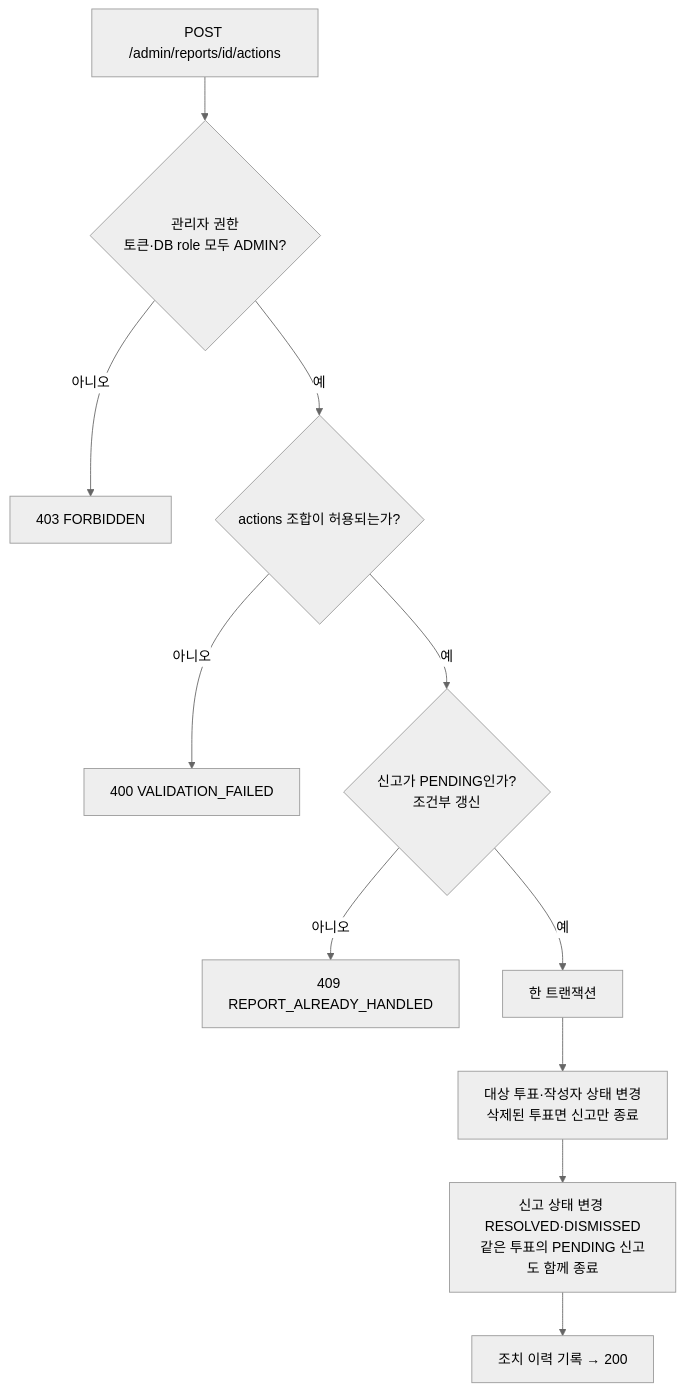
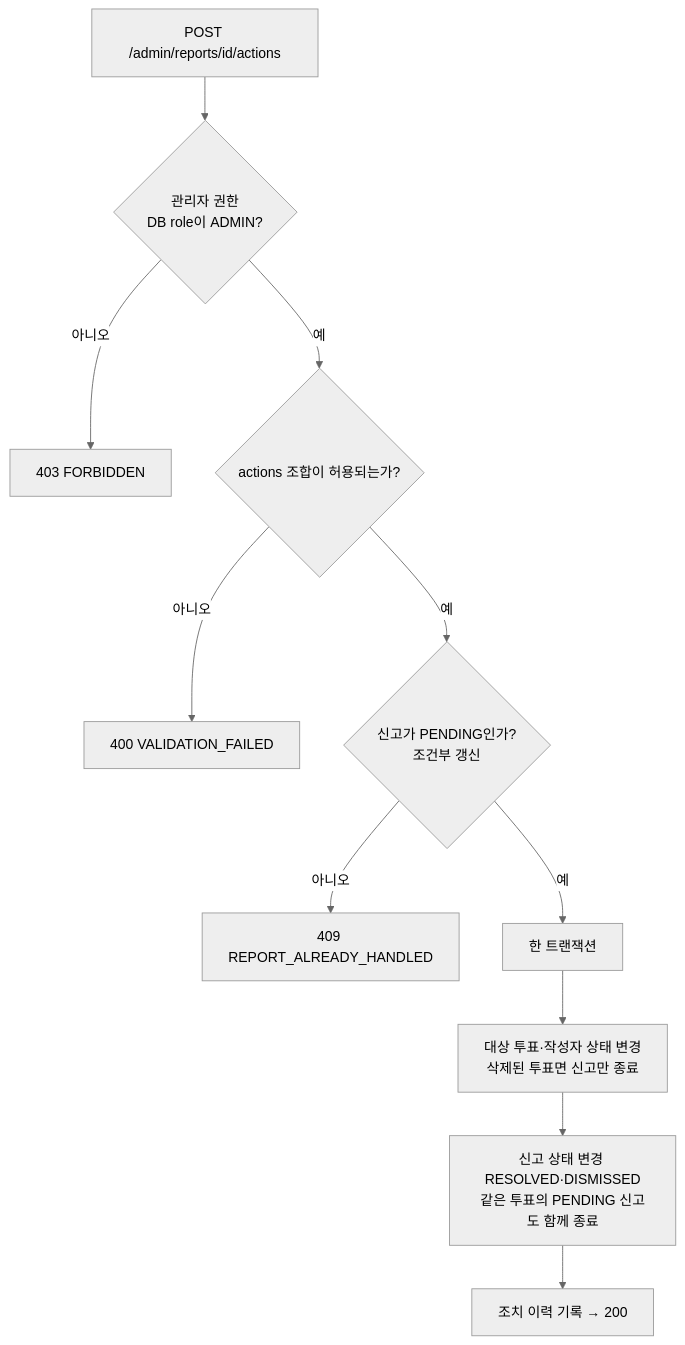
The diagram in docs/API-명세.md (kwakseobang/AuDDum), drawn with Mermaid (neutral theme) before and after one commit. The commit also changed other lines of this file and 15 other files, not shown here.

````diff
--- a/docs/API-명세.md
+++ b/docs/API-명세.md
@@ -408,13 +412,13 @@
 ```mermaid
 flowchart TD
-    A[POST /admin/reports/id/actions] --> B{관리자 권한<br/>토큰·DB role 모두 ADMIN?}
+    A[POST /admin/reports/id/actions] --> B{관리자 권한<br/>DB role이 ADMIN?}
     B -- 아니오 --> X1[403 FORBIDDEN]
     B -- 예 --> C{actions 조합이 허용되는가?}
     C -- 아니오 --> X2[400 VALIDATION_FAILED]
     C -- 예 --> D{신고가 PENDING인가?<br/>조건부 갱신}
     D -- 아니오 --> X3[409 REPORT_ALREADY_HANDLED]
     D -- 예 --> E[한 트랜잭션]
     E --> F[대상 투표·작성자 상태 변경<br/>삭제된 투표면 신고만 종료]
     F --> G[신고 상태 변경 RESOLVED·DISMISSED<br/>같은 투표의 PENDING 신고도 함께 종료]
     G --> H[조치 이력 기록 → 200]
 ```
````
